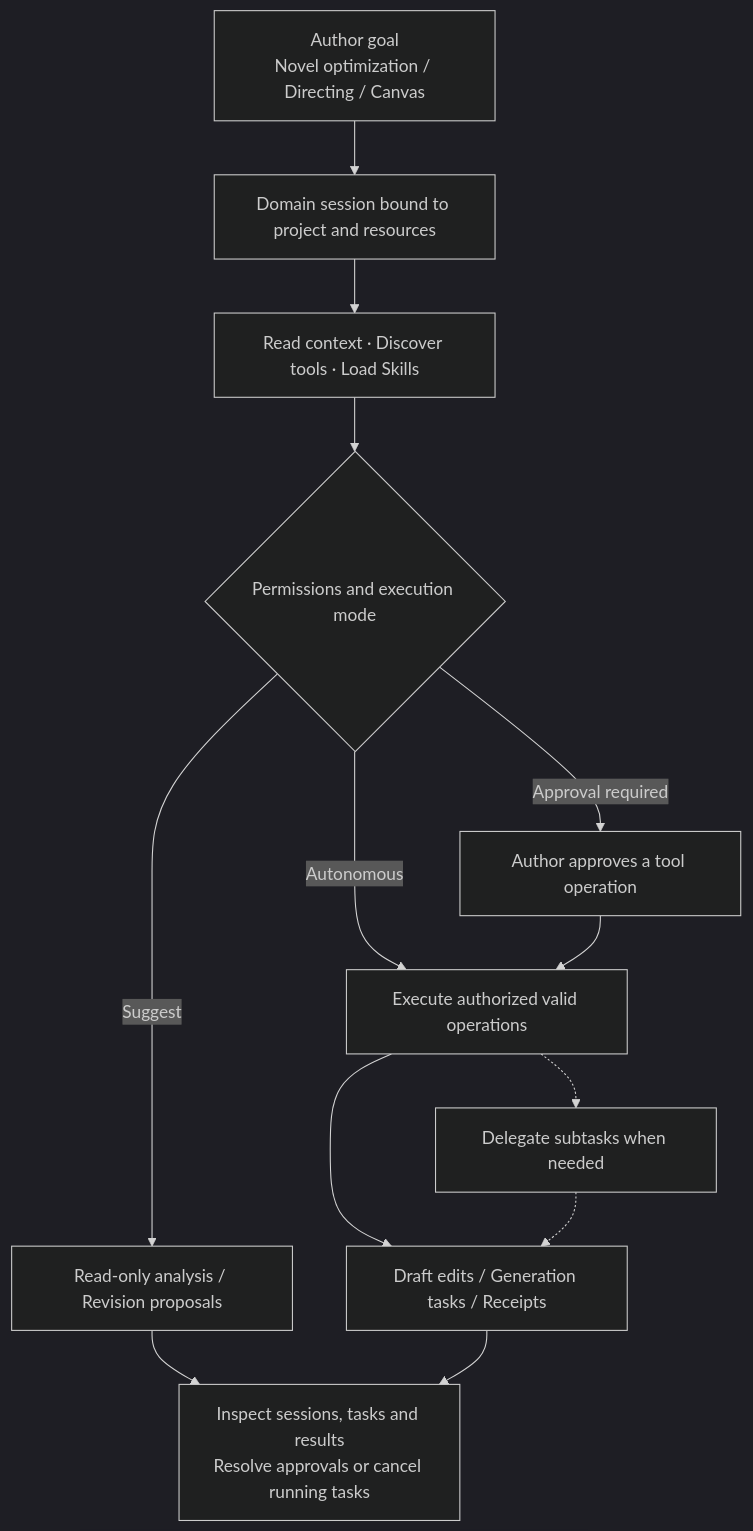
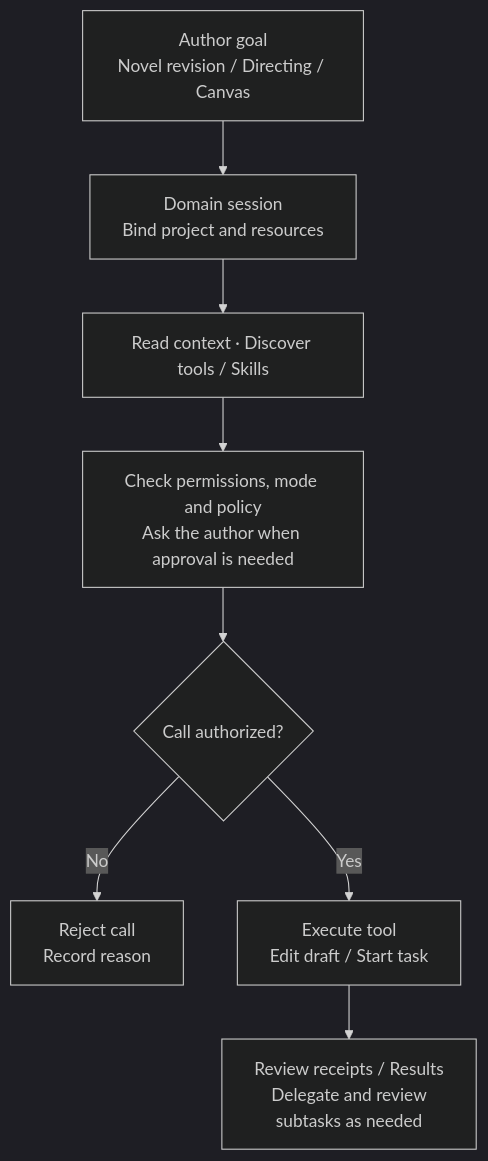
One commit to GTJasonMK/A4N changed diagram 12 of 18 in README.en.md. Above: the diagram before and after it, drawn with Mermaid (dark theme). The commit also changed other lines of this file and 2 other files, not shown here.

First line of the commit message:
docs: fix README diagram flows and mobile readability

````diff
--- a/README.en.md
+++ b/README.en.md
@@ -202,17 +216,12 @@
 ```mermaid
 flowchart TB
   accTitle: Agent execution from a creative goal to reviewable results
-  accDescr: Domain sessions for novel optimization, directing and canvas work read bound context, discover tools and skills, then act within permissions and execution modes. Tasks and approvals remain observable; formal text patches and director confirmation remain author actions.
-  goal["Author goal<br/>Novel optimization / Directing / Canvas"] --> session["Domain session bound to project and resources"]
-  session --> tools["Read context · Discover tools · Load Skills"]
-  tools --> mode{"Permissions and execution mode"}
-  mode -->|Suggest| proposal["Read-only analysis / Revision proposals"]
-  mode -->|Approval required| review["Author approves a tool operation"]
-  mode -->|Autonomous| execute["Execute authorized valid operations"]
-  review --> execute
-  execute --> result["Draft edits / Generation tasks / Receipts"]
-  execute -.-> delegation["Delegate subtasks when needed"]
-  delegation -.-> result
-  proposal --> monitor["Inspect sessions, tasks and results<br/>Resolve approvals or cancel running tasks"]
-  result --> monitor
+  accDescr: A domain session binds projects and resources, reads context, and discovers tools and skills. Each call is checked against permissions, execution mode and approval policy. Disallowed or rejected calls do not execute. Authorized calls can edit drafts, start tasks or delegate and review subtasks.
+  goal["Author goal<br/>Novel revision / Directing / Canvas"] --> session["Domain session<br/>Bind project and resources"]
+  session --> tools["Read context · Discover tools / Skills"]
+  tools --> policy["Check permissions, mode and policy<br/>Ask the author when approval is needed"]
+  policy --> allowed{"Call authorized?"}
+  allowed -->|No| blocked["Reject call<br/>Record reason"]
+  allowed -->|Yes| execute["Execute tool<br/>Edit draft / Start task"]
+  execute --> result["Review receipts / Results<br/>Delegate and review<br/>subtasks as needed"]
 ```
````
